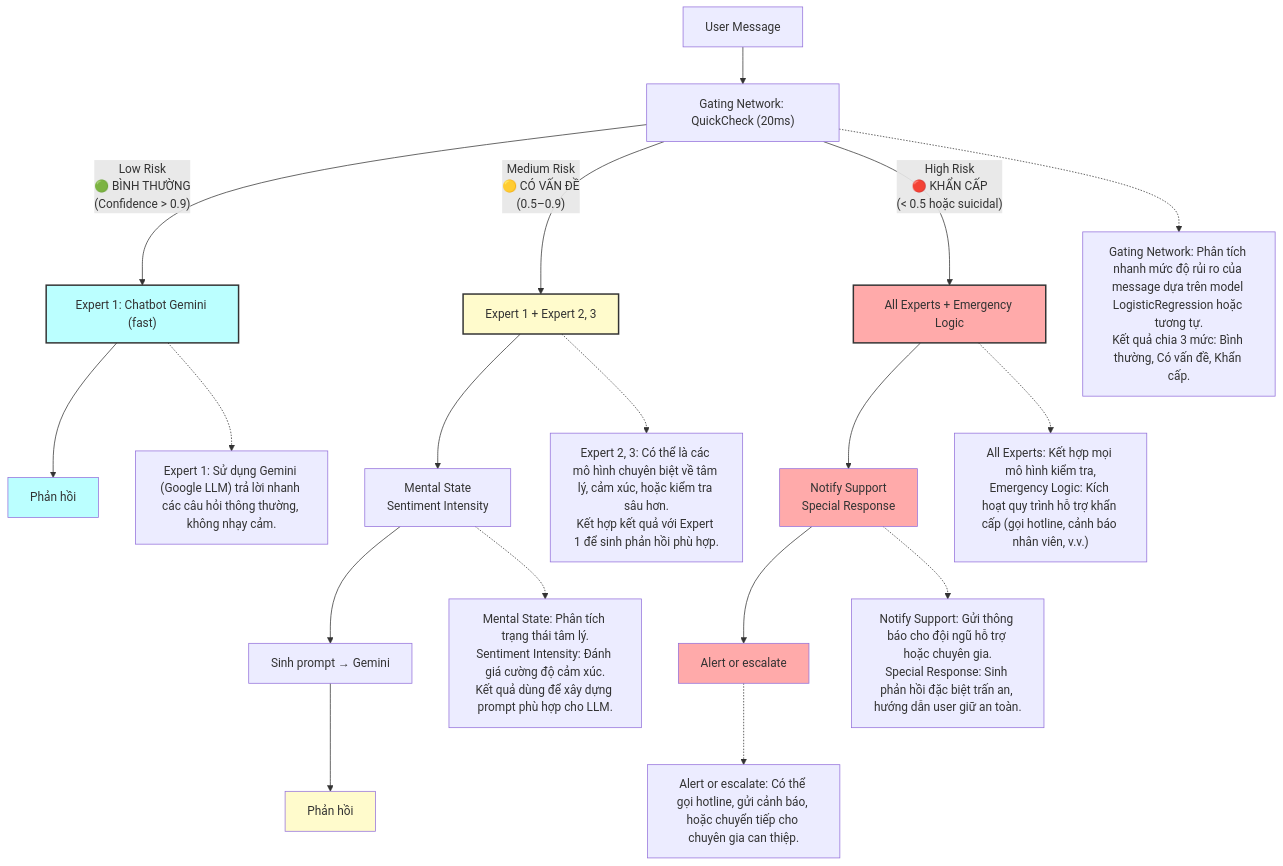
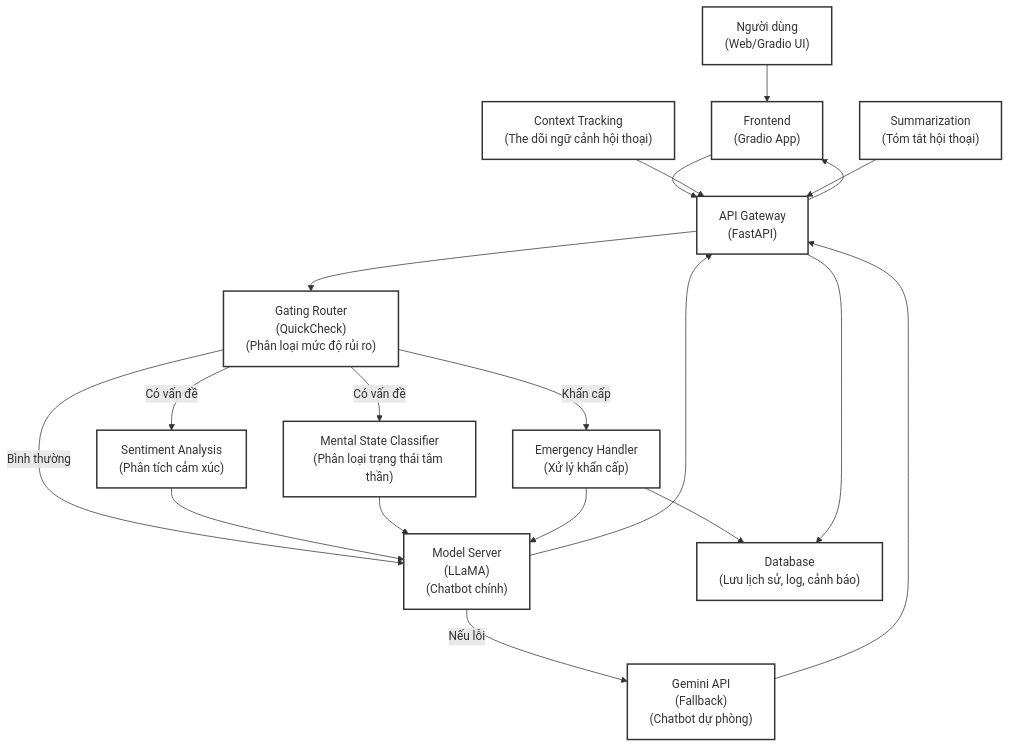
Before and after one commit to VuHa123/DoAnTotNghiep: the diagram in README.md, drawn with Mermaid. The commit also changed other lines of this file, not shown here.

Commit message:
modified flow chatbot

````diff
--- a/README.md
+++ b/README.md
@@ -11,30 +11,46 @@
 ```mermaid
 flowchart TD
-    A["User Message"] --> B["Gating Network: QuickCheck (20ms)"]
-    B -->|"Low Risk\n🟢 BÌNH THƯỜNG\n(Confidence > 0.9)"| C["Expert 1: Chatbot Gemini (fast)"]
-    B -->|"Medium Risk\n🟡 CÓ VẤN ĐỀ\n(0.5–0.9)"| D["Expert 1 + Expert 2, 3"]
-    B -->|"High Risk\n🔴 KHẨN CẤP\n(< 0.5 hoặc suicidal)"| E["All Experts + Emergency Logic"]
-    C --> F["Phản hồi"]
-    D --> G["Mental State\nSentiment Intensity"]
-    G --> H["Sinh prompt → Gemini"]
-    H --> I["Phản hồi"]
-    E --> J["Notify Support\nSpecial Response"]
-    J --> K["Alert or escalate"]
-
-    %% Chú thích chi tiết từng nhánh
-    B -.-> B1["Gating Network: Phân tích nhanh mức độ rủi ro của message dựa trên model LogisticRegression hoặc tương tự.\nKết quả chia 3 mức: Bình thường, Có vấn đề, Khẩn cấp."]
-    C -.-> C1["Expert 1: Sử dụng Gemini (Google LLM) trả lời nhanh các câu hỏi thông thường, không nhạy cảm."]
-    D -.-> D1["Expert 2, 3: Có thể là các mô hình chuyên biệt về tâm lý, cảm xúc, hoặc kiểm tra sâu hơn.\nKết hợp kết quả với Expert 1 để sinh phản hồi phù hợp."]
-    G -.-> G1["Mental State: Phân tích trạng thái tâm lý.\nSentiment Intensity: Đánh giá cường độ cảm xúc.\nKết quả dùng để xây dựng prompt phù hợp cho LLM."]
-    E -.-> E1["All Experts: Kết hợp mọi mô hình kiểm tra,\nEmergency Logic: Kích hoạt quy trình hỗ trợ khẩn cấp (gọi hotline, cảnh báo nhân viên, v.v.)"]
-    J -.-> J1["Notify Support: Gửi thông báo cho đội ngũ hỗ trợ hoặc chuyên gia.\nSpecial Response: Sinh phản hồi đặc biệt trấn an, hướng dẫn user giữ an toàn."]
-    K -.-> K1["Alert or escalate: Có thể gọi hotline, gửi cảnh báo, hoặc chuyển tiếp cho chuyên gia can thiệp."]
-
-    style C fill:#bff,stroke:#333,stroke-width:2px
-    style D fill:#fffbcc,stroke:#333,stroke-width:2px
-    style E fill:#faa,stroke:#333,stroke-width:2px
-    style F fill:#bff
-    style I fill:#fffbcc
-    style J fill:#faa
-    style K fill:#faa
+    User["Người dùng<br/>(Web/Gradio UI)"]
+    Frontend["Frontend<br/>(Gradio App)"]
+    APIGW["API Gateway<br/>(FastAPI)"]
+    Gating["Gating Router<br/>(QuickCheck)\n(Phân loại mức độ rủi ro)"]
+    Sentiment["Sentiment Analysis\n(Phân tích cảm xúc)"]
+    Mental["Mental State Classifier\n(Phân loại trạng thái tâm thần)"]
+    Emergency["Emergency Handler\n(Xử lý khẩn cấp)"]
+    ModelLLaMA["Model Server<br/>(LLaMA)\n(Chatbot chính)"]
+    ModelGemini["Gemini API<br/>(Fallback)\n(Chatbot dự phòng)"]
+    DB["Database\n(Lưu lịch sử, log, cảnh báo)"]
+    Context["Context Tracking\n(The dõi ngữ cảnh hội thoại)"]
+    Summarizer["Summarization\n(Tóm tắt hội thoại)"]
+    User --> Frontend
+    Frontend --> APIGW
+    APIGW --> Gating
+    Gating -- "Bình thường" --> ModelLLaMA
+    Gating -- "Có vấn đề" --> Sentiment
+    Gating -- "Có vấn đề" --> Mental
+    Gating -- "Khẩn cấp" --> Emergency
+    Sentiment --> ModelLLaMA
+    Mental --> ModelLLaMA
+    Emergency --> ModelLLaMA
+    Emergency --> DB
+    ModelLLaMA -- "Nếu lỗi" --> ModelGemini
+    ModelLLaMA --> APIGW
+    ModelGemini --> APIGW
+    APIGW --> DB
+    Context --> APIGW
+    Summarizer --> APIGW
+    APIGW --> Frontend
+    %% Style
+    style User fill:#fff,stroke:#333,stroke-width:2px
+    style Frontend fill:#fff,stroke:#333,stroke-width:2px
+    style APIGW fill:#fff,stroke:#333,stroke-width:2px
+    style Gating fill:#fff,stroke:#333,stroke-width:2px
+    style Sentiment fill:#fff,stroke:#333,stroke-width:2px
+    style Mental fill:#fff,stroke:#333,stroke-width:2px
+    style Emergency fill:#fff,stroke:#333,stroke-width:2px
+    style ModelLLaMA fill:#fff,stroke:#333,stroke-width:2px
+    style ModelGemini fill:#fff,stroke:#333,stroke-width:2px
+    style DB fill:#fff,stroke:#333,stroke-width:2px
+    style Context fill:#fff,stroke:#333,stroke-width:2px
+    style Summarizer fill:#fff,stroke:#333,stroke-width:2px
 ```
````
